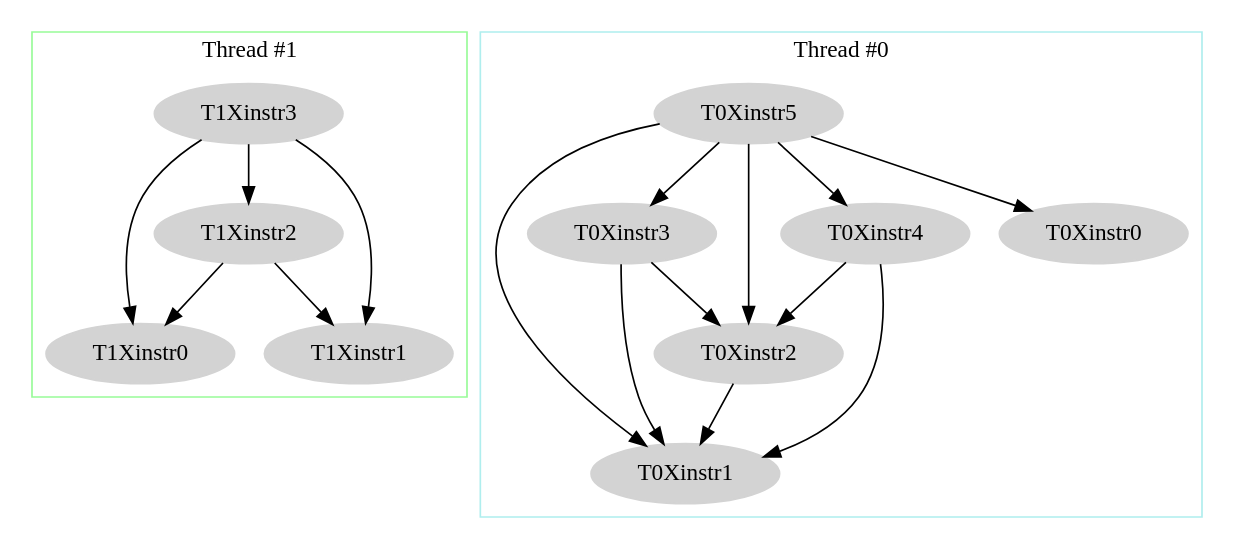
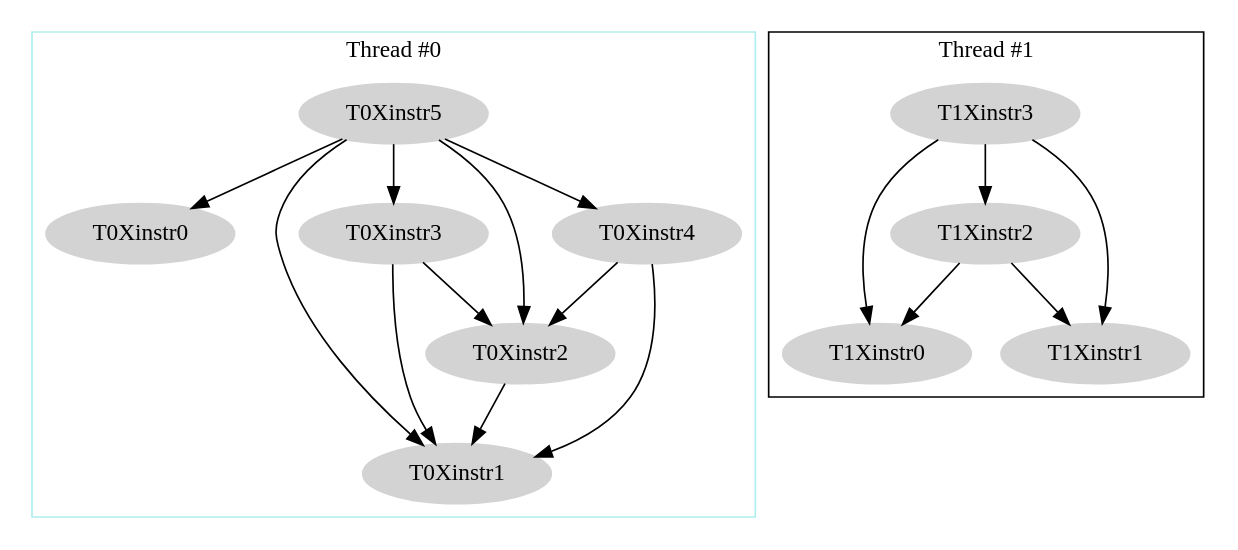
The diagram in etc/graphs/graph2.dot (K-dizzled/isa-interprerter), drawn with Graphviz before and after one commit. The commit also changed 6 other files, not shown here.

```diff
--- a/etc/graphs/graph2.dot
+++ b/etc/graphs/graph2.dot
@@ -1,1 +1,1 @@
-digraph{subgraph cluster_0{color=palegreen;node[style="filled",color=lightgray];label="Thread #1";T1Xinstr2->T1Xinstr0;T1Xinstr2->T1Xinstr1;T1Xinstr3->T1Xinstr0;T1Xinstr3->T1Xinstr1;T1Xinstr3->T1Xinstr2;}subgraph cluster_1{color=paleturquoise;node[style="filled",color=lightgray];label="Thread #0";T0Xinstr2->T0Xinstr1;T0Xinstr3->T0Xinstr1;T0Xinstr3->T0Xinstr2;T0Xinstr4->T0Xinstr1;T0Xinstr4->T0Xinstr2;T0Xinstr5->T0Xinstr1;T0Xinstr5->T0Xinstr2;T0Xinstr5->T0Xinstr0;T0Xinstr5->T0Xinstr3;T0Xinstr5->T0Xinstr4;}}
+digraph{subgraph cluster_0{color=paleturquoise;node[style="filled",color=lightgray];label="Thread #0";T0Xinstr0;T0Xinstr1;T0Xinstr2;T0Xinstr2->T0Xinstr1;T0Xinstr3;T0Xinstr3->T0Xinstr1;T0Xinstr3->T0Xinstr2;T0Xinstr4;T0Xinstr4->T0Xinstr1;T0Xinstr4->T0Xinstr2;T0Xinstr5;T0Xinstr5->T0Xinstr1;T0Xinstr5->T0Xinstr2;T0Xinstr5->T0Xinstr0;T0Xinstr5->T0Xinstr3;T0Xinstr5->T0Xinstr4;}subgraph cluster_1{color=black;node[style="filled",color=lightgray];label="Thread #1";T1Xinstr0;T1Xinstr1;T1Xinstr2;T1Xinstr2->T1Xinstr0;T1Xinstr2->T1Xinstr1;T1Xinstr3;T1Xinstr3->T1Xinstr0;T1Xinstr3->T1Xinstr1;T1Xinstr3->T1Xinstr2;}}
```
